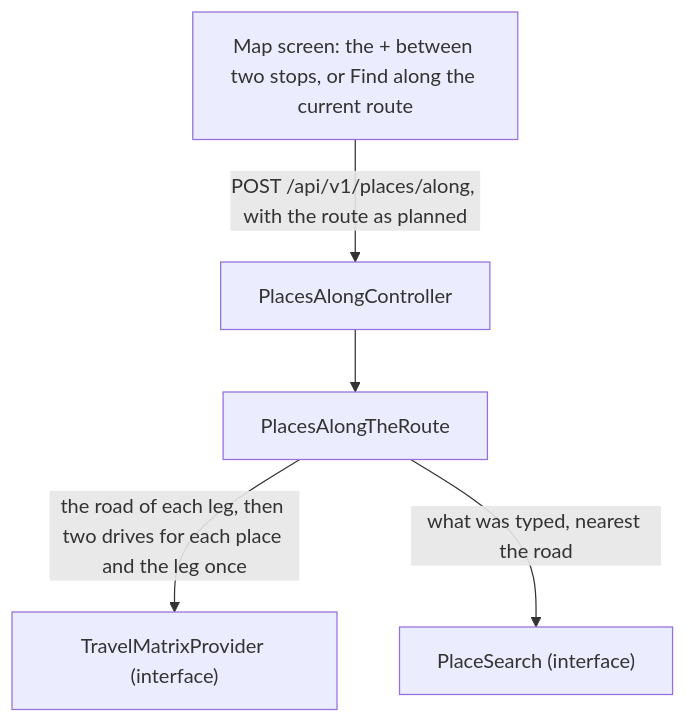
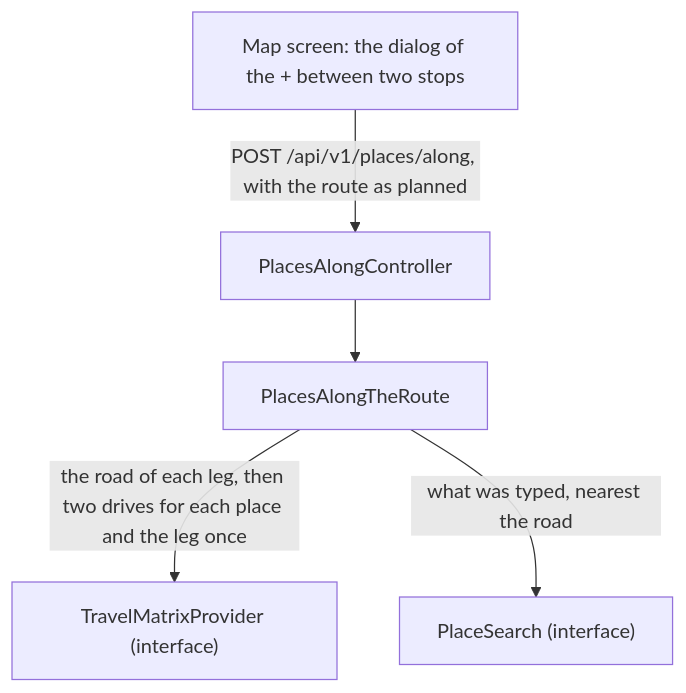
The third of 3 diagrams in docs/architecture.md (gerald-guledew/multi-stop-route-planner), drawn with Mermaid before and after one commit. The commit also changed other lines of this file and 8 other files, not shown here.

````diff
--- a/docs/architecture.md
+++ b/docs/architecture.md
@@ -108,7 +108,7 @@
 ```mermaid
 flowchart TD
-    Screen["Map screen: the + between two stops, or Find along the current route"] -->|"POST /api/v1/places/along, with the route as planned"| AlongController[PlacesAlongController]
+    Screen["Map screen: the dialog of the + between two stops"] -->|"POST /api/v1/places/along, with the route as planned"| AlongController[PlacesAlongController]
     AlongController --> Along[PlacesAlongTheRoute]
     Along -->|"the road of each leg, then two drives for each place and the leg once"| Provider["TravelMatrixProvider (interface)"]
     Along -->|"what was typed, nearest the road"| PlaceSearch["PlaceSearch (interface)"]
 ```
````
